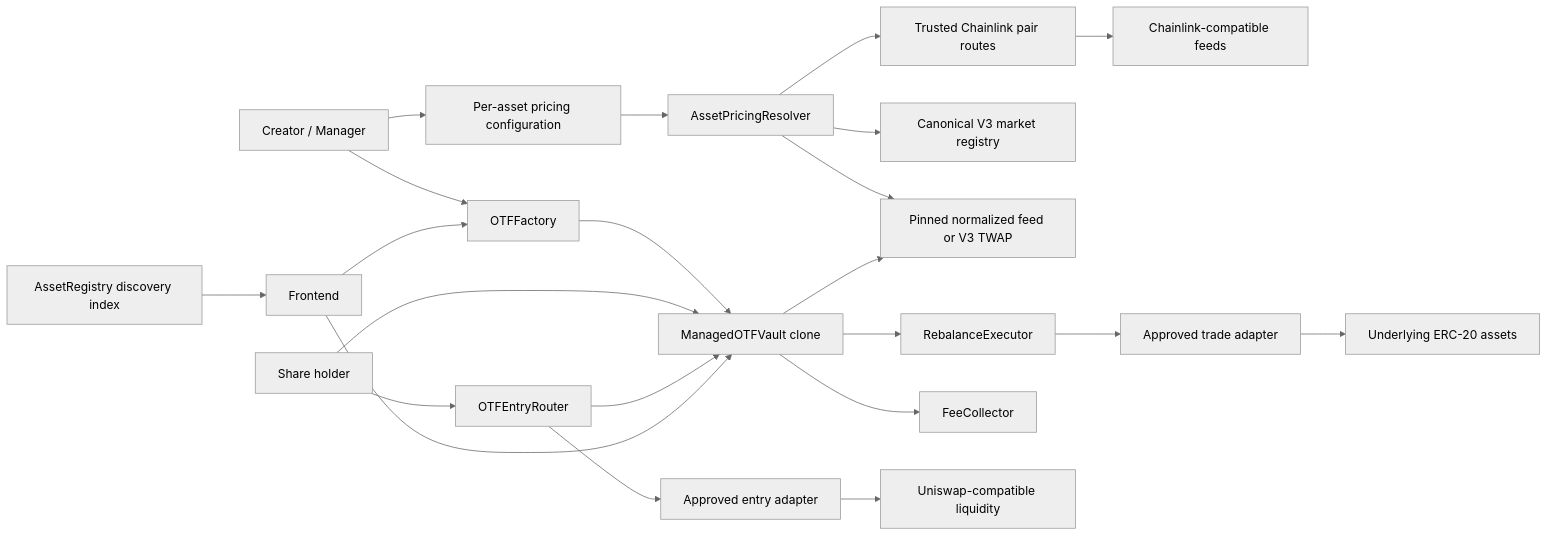
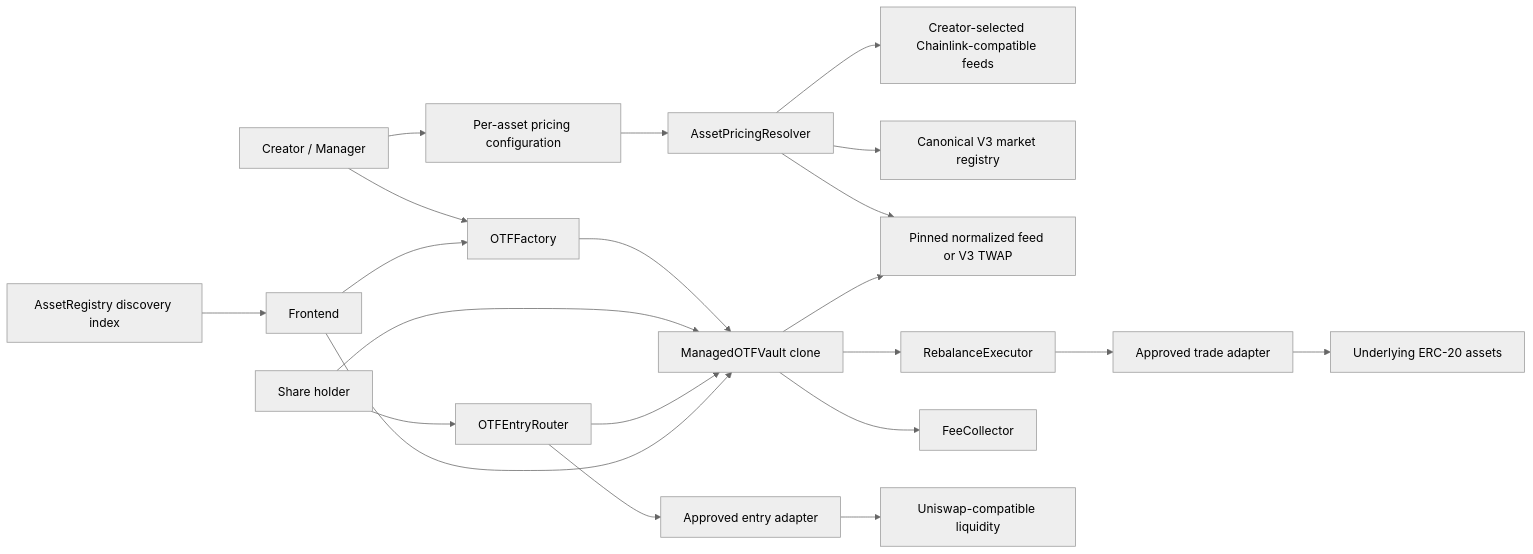
One commit to han1ue/onchaintradedfunds changed the diagram in README.md. Above: the diagram before and after it, drawn with Mermaid (neutral theme). The commit also changed other lines of this file and 51 other files, not shown here.

````diff
--- a/README.md
+++ b/README.md
@@ -69,24 +68,23 @@
 ```mermaid
 flowchart LR
   Creator[Creator / Manager] --> Factory[OTFFactory]
   Factory --> Clone[ManagedOTFVault clone]
   Creator --> Config[Per-asset pricing configuration]
   Config --> Resolver[AssetPricingResolver]
-  Resolver --> OracleRegistry[Trusted Chainlink pair routes]
+  Resolver --> Feeds[Creator-selected Chainlink-compatible feeds]
   Resolver --> V3Registry[Canonical V3 market registry]
-  OracleRegistry --> Feeds[Chainlink-compatible feeds]
   Resolver --> Pinned[Pinned normalized feed or V3 TWAP]
   Clone --> Pinned
   Registry[AssetRegistry discovery index] --> App[Frontend]
   Clone --> Executor[RebalanceExecutor]
   Executor --> Adapter[Approved trade adapter]
   Adapter --> Tokens[Underlying ERC-20 assets]
   Clone --> Collector[FeeCollector]
   User[Share holder] --> Clone
   User --> EntryRouter[OTFEntryRouter]
   EntryRouter --> EntryAdapter[Approved entry adapter]
   EntryAdapter --> Liquidity[Uniswap-compatible liquidity]
   EntryRouter --> Clone
   App --> Factory
   App --> Clone
 ```
````
